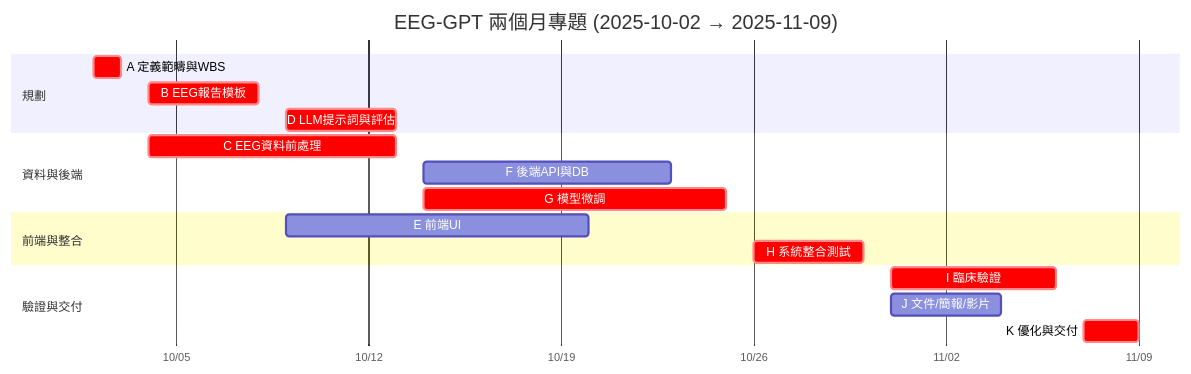
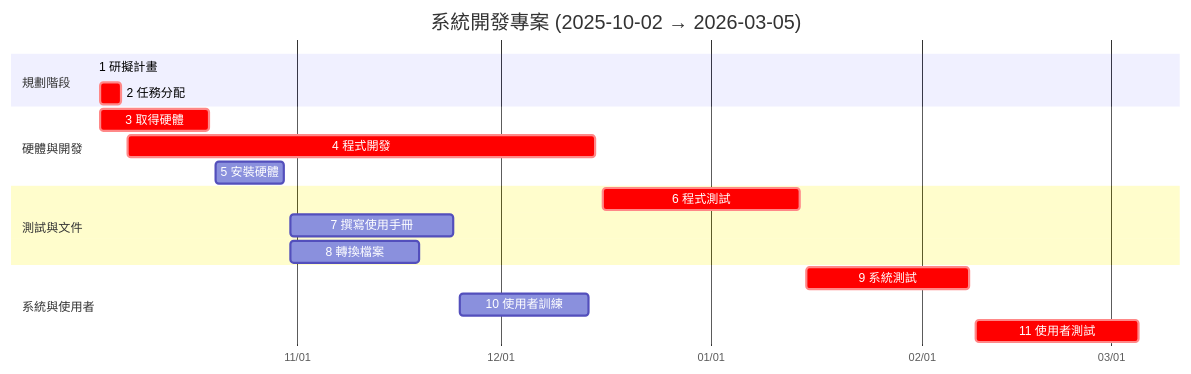
The second of 2 diagrams in hw2.md (chuchu219/114-1a), drawn with Mermaid before and after one commit. The commit also changed other lines of this file, not shown here.

````diff
--- a/hw2.md
+++ b/hw2.md
@@ -69,26 +54,25 @@
 ```mermaid
 gantt
   dateFormat  YYYY-MM-DD
   axisFormat  %m/%d
-  title EEG-GPT 兩個月專題 (2025-10-02 → 2025-11-09)
+  title 系統開發專案 (2025-10-02 → 2026-03-05)
 
-  section 規劃
-  A 定義範疇與WBS        :crit, 2025-10-02, 2025-10-03
-  B EEG報告模板          :crit, 2025-10-04, 2025-10-08
-  D LLM提示詞與評估      :crit, 2025-10-09, 2025-10-13
+  section 規劃階段
+  1 研擬計畫           :crit, 2025-10-02, 2025-10-02
+  2 任務分配           :crit, 2025-10-03, 2025-10-06
 
-  section 資料與後端
-  C EEG資料前處理        :crit, 2025-10-04, 2025-10-13
-  F 後端API與DB          :      2025-10-14, 2025-10-23
-  G 模型微調             :crit, 2025-10-14, 2025-10-25
+  section 硬體與開發
+  3 取得硬體           :crit, 2025-10-03, 2025-10-19
+  4 程式開發           :crit, 2025-10-07, 2025-12-15
+  5 安裝硬體           :      2025-10-20, 2025-10-30
 
-  section 前端與整合
-  E 前端UI               :      2025-10-09, 2025-10-20
-  H 系統整合測試         :crit, 2025-10-26, 2025-10-30
+  section 測試與文件
+  6 程式測試           :crit, 2025-12-16, 2026-01-14
+  7 撰寫使用手冊       :      2025-10-31, 2025-11-24
+  8 轉換檔案           :      2025-10-31, 2025-11-19
 
-  section 驗證與交付
-  I 臨床驗證             :crit, 2025-10-31, 2025-11-06
-  J 文件/簡報/影片       :      2025-10-31, 2025-11-04
-  K 優化與交付           :crit, 2025-11-07, 2025-11-09
-
+  section 系統與使用者
+  9 系統測試           :crit, 2026-01-15, 2026-02-08
+  10 使用者訓練        :      2025-11-25, 2025-12-14
+  11 使用者測試        :crit, 2026-02-09, 2026-03-05
 ```
````
